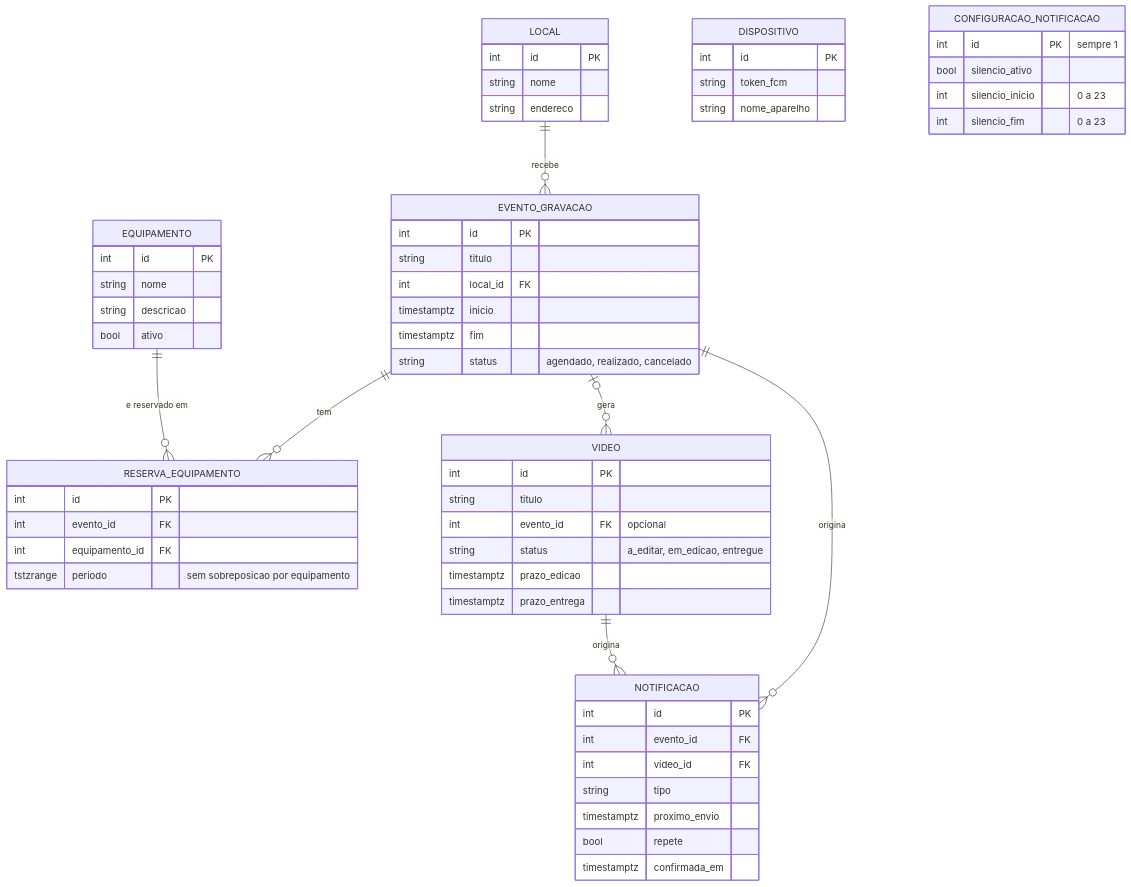
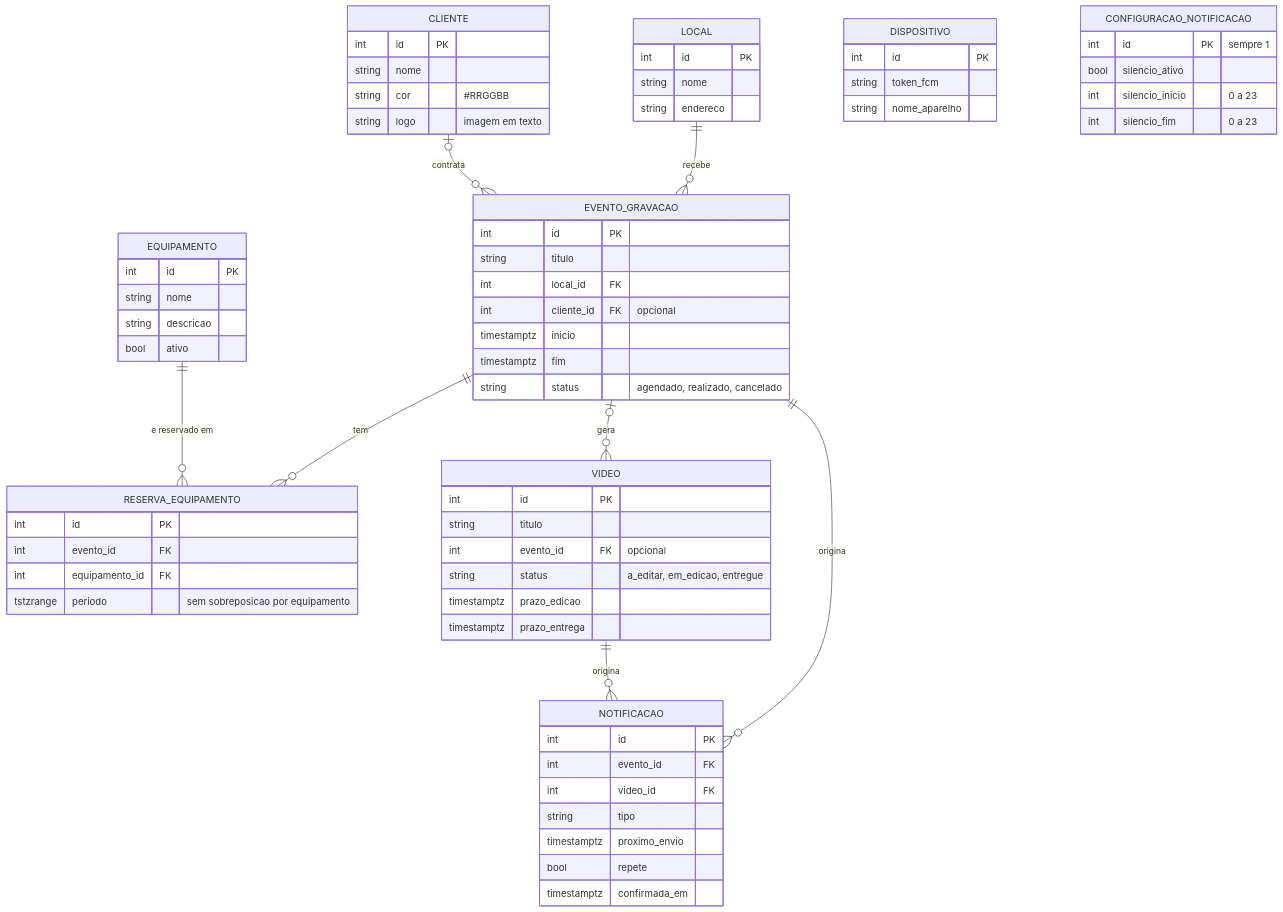
One commit to MelloNickolas/Bootcamp-Analise-de-Sistemas-e-Banco-de-Dados changed the diagram in Readme Assets/02-der.mmd. Above: the diagram before and after it, drawn with Mermaid. The commit also changed 39 other files, not shown here.

First line of the commit message:
Adiciona clientes com cor e logo, dia inteiro e calendário mensal

```diff
--- a/Readme Assets/02-der.mmd
+++ b/Readme Assets/02-der.mmd
@@ -1,61 +1,69 @@
 erDiagram
     LOCAL ||--o{ EVENTO_GRAVACAO : "recebe"
+    CLIENTE |o--o{ EVENTO_GRAVACAO : "contrata"
     EVENTO_GRAVACAO ||--o{ RESERVA_EQUIPAMENTO : "tem"
     EQUIPAMENTO ||--o{ RESERVA_EQUIPAMENTO : "e reservado em"
     EVENTO_GRAVACAO |o--o{ VIDEO : "gera"
     EVENTO_GRAVACAO ||--o{ NOTIFICACAO : "origina"
     VIDEO ||--o{ NOTIFICACAO : "origina"
 
     LOCAL {
         int id PK
         string nome
         string endereco
     }
     EQUIPAMENTO {
         int id PK
         string nome
         string descricao
         bool ativo
     }
     EVENTO_GRAVACAO {
         int id PK
         string titulo
         int local_id FK
+        int cliente_id FK "opcional"
         timestamptz inicio
         timestamptz fim
         string status "agendado, realizado, cancelado"
     }
     RESERVA_EQUIPAMENTO {
         int id PK
         int evento_id FK
         int equipamento_id FK
         tstzrange periodo "sem sobreposicao por equipamento"
     }
     VIDEO {
         int id PK
         string titulo
         int evento_id FK "opcional"
         string status "a_editar, em_edicao, entregue"
         timestamptz prazo_edicao
         timestamptz prazo_entrega
     }
     NOTIFICACAO {
         int id PK
         int evento_id FK
         int video_id FK
         string tipo
         timestamptz proximo_envio
         bool repete
         timestamptz confirmada_em
     }
     DISPOSITIVO {
         int id PK
         string token_fcm
         string nome_aparelho
     }
     CONFIGURACAO_NOTIFICACAO {
         int id PK "sempre 1"
         bool silencio_ativo
         int silencio_inicio "0 a 23"
         int silencio_fim "0 a 23"
     }
+    CLIENTE {
+        int id PK
+        string nome
+        string cor "#RRGGBB"
+        string logo "imagem em texto"
+    }
```
